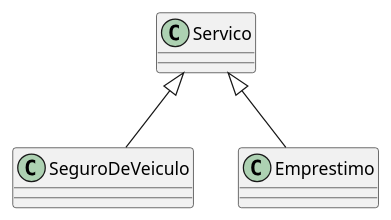
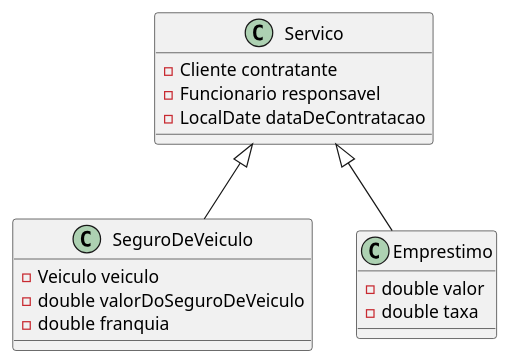
One commit to 2025-ifba-saj-inf-poo/blog changed the sixth of 9 diagrams in src/posts/11_heranca.md. Above: the diagram before and after it, drawn with PlantUML. The commit also changed other lines of this file and 5 other files, not shown here.

````diff
--- a/src/posts/11_heranca.md
+++ b/src/posts/11_heranca.md
@@ -411,6 +419,23 @@
 ```plantuml
 @startuml
+class Servico{
+    - Cliente contratante
+    - Funcionario responsavel
+    - LocalDate dataDeContratacao
+}
+
+class SeguroDeVeiculo{
+    - Veiculo veiculo
+    - double valorDoSeguroDeVeiculo
+    - double franquia
+}
+
+class Emprestimo{
+    - double valor
+    - double taxa
+}
+
 Servico <|-- SeguroDeVeiculo
 Servico <|-- Emprestimo
 @enduml
 ```
````
